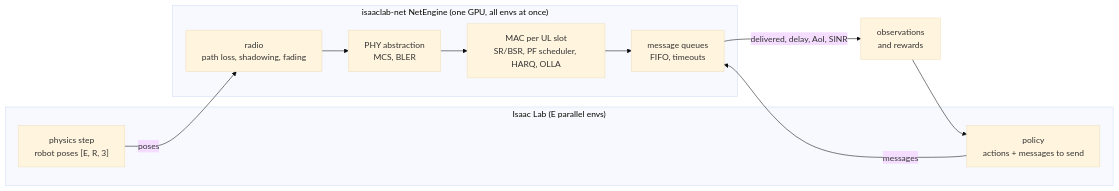
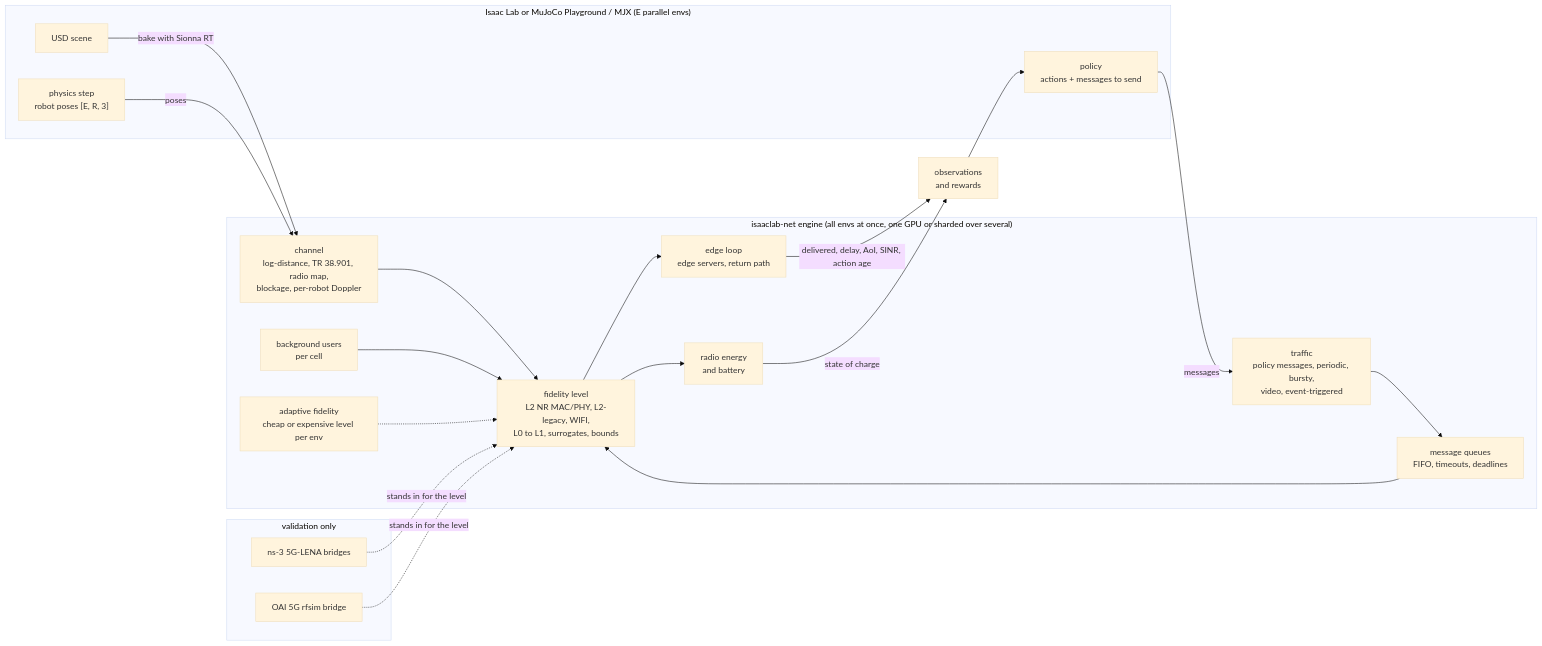
One commit to ZzZTripleZzZ/isaac-net changed the diagram in README.md. Above: the diagram before and after it, drawn with Mermaid (base theme). The commit also changed other lines of this file and 8 other files, not shown here.

````diff
--- a/README.md
+++ b/README.md
@@ -19,18 +21,37 @@
 ```mermaid
 flowchart LR
-    subgraph SIM["Isaac Lab (E parallel envs)"]
+    subgraph SIM["Isaac Lab or MuJoCo Playground / MJX (E parallel envs)"]
+        SCN["USD scene"]
         P["physics step<br/>robot poses [E, R, 3]"]
         POL["policy<br/>actions + messages to send"]
     end
-    subgraph NET["isaaclab-net NetEngine (one GPU, all envs at once)"]
-        RAD["radio<br/>path loss, shadowing, fading"]
-        PHY["PHY abstraction<br/>MCS, BLER"]
-        MAC["MAC per UL slot<br/>SR/BSR, PF scheduler, HARQ, OLLA"]
-        Q["message queues<br/>FIFO, timeouts"]
+    subgraph NET["isaaclab-net engine (all envs at once, one GPU or sharded over several)"]
+        CH["channel<br/>log-distance, TR 38.901, radio map,<br/>blockage, per-robot Doppler"]
+        TRF["traffic<br/>policy messages, periodic, bursty,<br/>video, event-triggered"]
+        BG["background users<br/>per cell"]
+        LVL["fidelity level<br/>L2 NR MAC/PHY, L2-legacy, WIFI,<br/>L0 to L1, surrogates, bounds"]
+        AD["adaptive fidelity<br/>cheap or expensive level per env"]
+        Q["message queues<br/>FIFO, timeouts, deadlines"]
+        EDGE["edge loop<br/>edge servers, return path"]
+        EN["radio energy<br/>and battery"]
     end
-    P -- poses --> RAD
-    POL -- messages --> Q
-    RAD --> PHY --> MAC --> Q
-    Q -- "delivered, delay, AoI, SINR" --> OBS["observations<br/>and rewards"]
+    subgraph VAL["validation only"]
+        NS3["ns-3 5G-LENA bridges"]
+        OAI["OAI 5G rfsim bridge"]
+    end
+    SCN -- "bake with Sionna RT" --> CH
+    P -- poses --> CH
+    POL -- messages --> TRF
+    TRF --> Q
+    CH --> LVL
+    BG --> LVL
+    Q --> LVL
+    AD -.-> LVL
+    LVL --> EDGE
+    LVL --> EN
+    EDGE -- "delivered, delay, AoI, SINR, action age" --> OBS["observations<br/>and rewards"]
+    EN -- "state of charge" --> OBS
     OBS --> POL
+    NS3 -. "stands in for the level" .-> LVL
+    OAI -. "stands in for the level" .-> LVL
 ```
````
